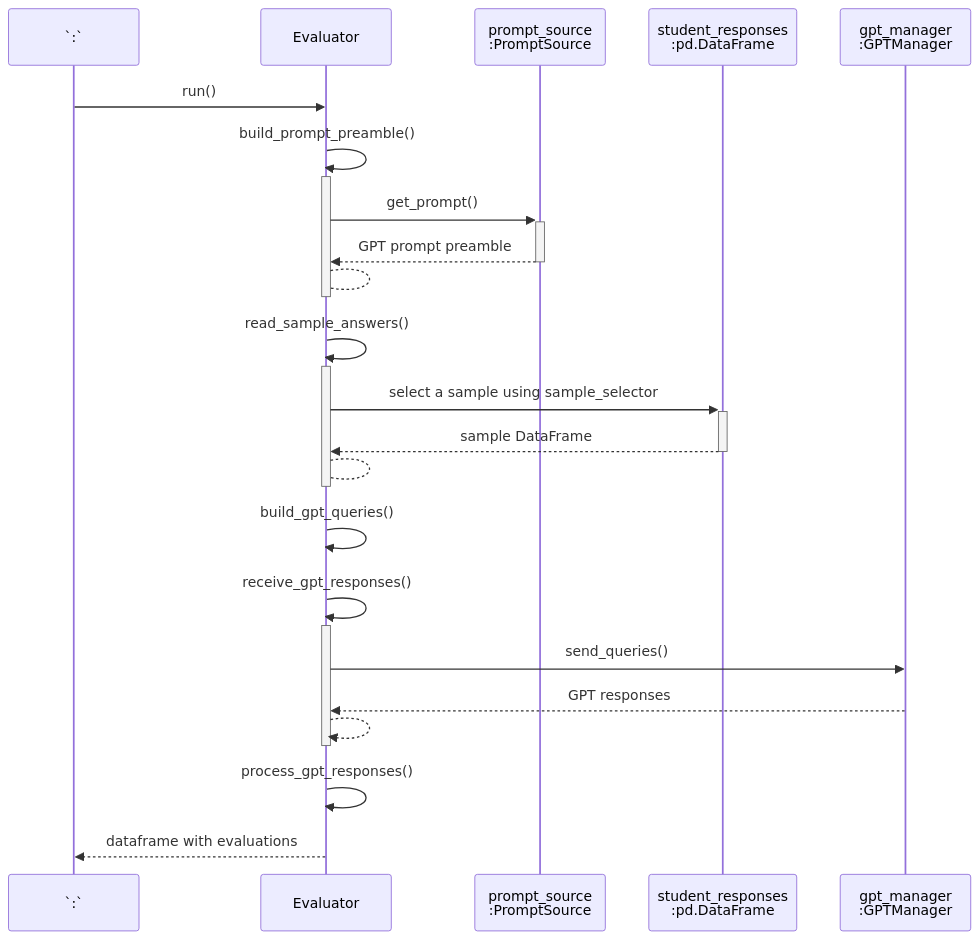
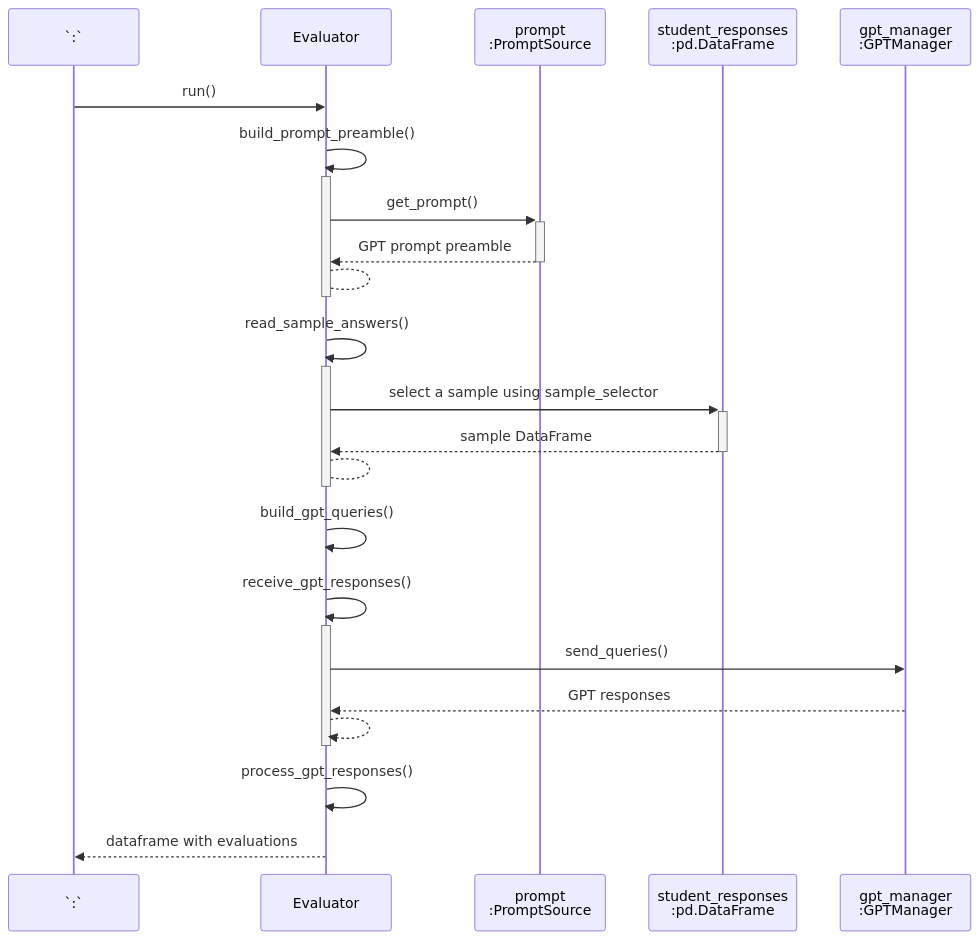
Before and after one commit to ulpgc-ai/evalia: the third of 5 diagrams in class_architecture.md, drawn with Mermaid. The commit also changed other lines of this file and 12 other files, not shown here.

````diff
--- a/class_architecture.md
+++ b/class_architecture.md
@@ -94,24 +94,24 @@
 ```mermaid
 sequenceDiagram
     participant Self as `:`
     participant E as Evaluator
-    participant PromptSource as prompt_source<br>:PromptSource
+    participant PromptSource as prompt<br>:PromptSource
     participant DataFrame as student_responses<br>:pd.DataFrame
     participant GPTManager as gpt_manager<br>:GPTManager
     Self->>E: run()
     E->>+E: build_prompt_preamble()
     E->>+PromptSource: get_prompt()
     PromptSource-->>-E: GPT prompt preamble
     E-->-E: 
     E->>+E: read_sample_answers()
     E->>+DataFrame: select a sample using sample_selector
     DataFrame-->>-E: sample DataFrame
     E-->-E: 
     E->>E: build_gpt_queries()
     E->>+E: receive_gpt_responses()
     E->>GPTManager: send_queries()
     GPTManager-->>E: GPT responses
     E-->>-E: 
     E->>E: process_gpt_responses()
     E-->>Self: dataframe with evaluations
 ```
````
